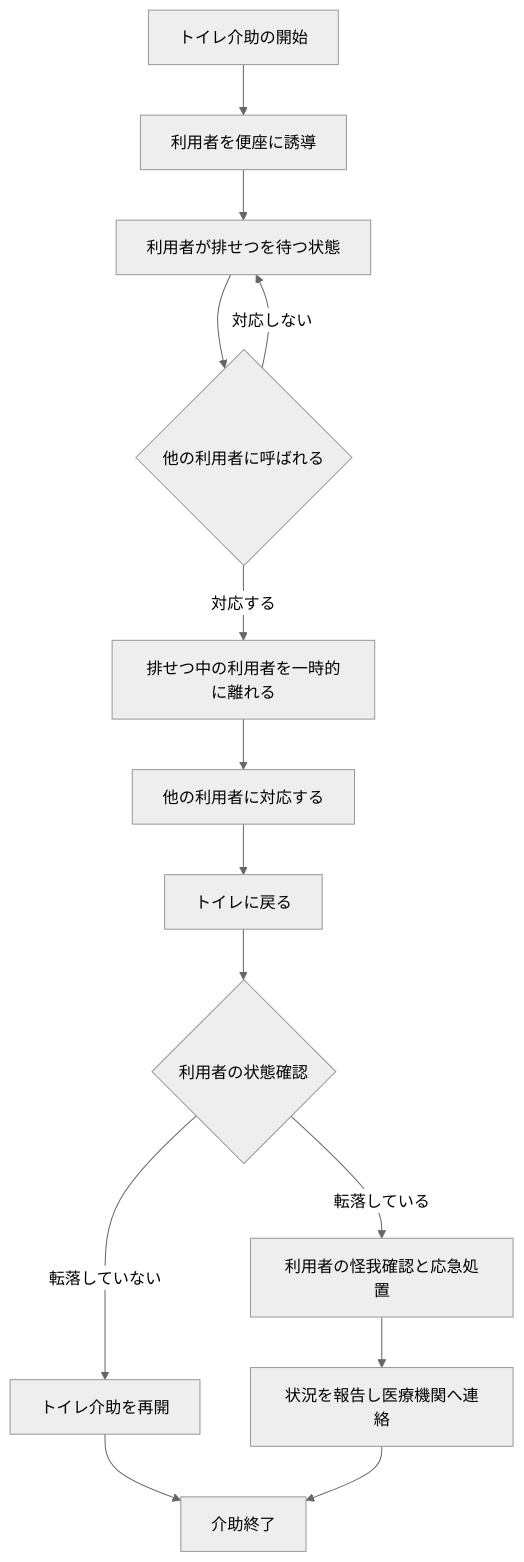
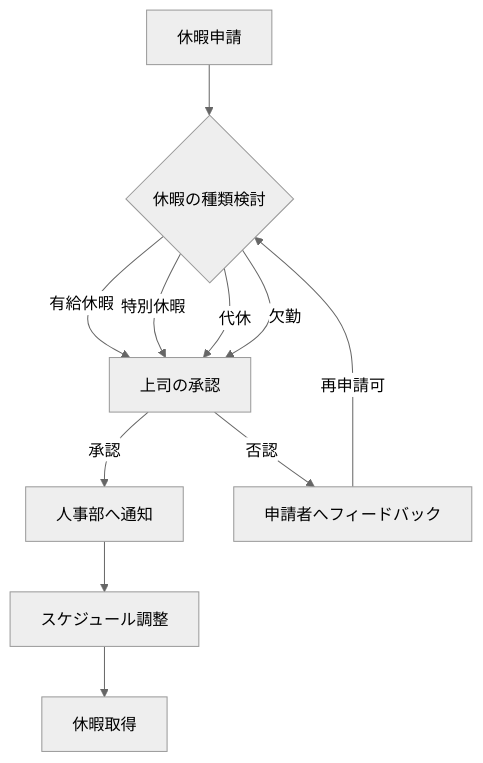
One commit to dsotkazu/mermaid_practice changed the diagram in README.md. Above: the diagram before and after it, drawn with Mermaid (neutral theme).

````diff
--- a/README.md
+++ b/README.md
@@ -3,16 +3,15 @@
 ```mermaid
 graph TD;
-  A[トイレ介助の開始] --> B[利用者を便座に誘導]
-  B --> C[利用者が排せつを待つ状態]
-  C --> D{他の利用者に呼ばれる}
-  D -->|対応する| E[排せつ中の利用者を一時的に離れる]
-  D -->|対応しない| C
-  E --> F[他の利用者に対応する]
-  F --> G[トイレに戻る]
-  G --> H{利用者の状態確認}
-  H -->|転落していない| I[トイレ介助を再開]
-  H -->|転落している| J[利用者の怪我確認と応急処置]
-  J --> K[状況を報告し医療機関へ連絡]
-  I --> L[介助終了]
-  K --> L
+    A[休暇申請] --> B{休暇の種類検討}
+    B -- 有給休暇 --> C[上司の承認]
+    B -- 特別休暇 --> C
+    B -- 代休 --> C
+    B -- 欠勤 --> C
+
+    C -- 承認 --> D[人事部へ通知]
+    D --> E[スケジュール調整]
+    E --> F[休暇取得]
+
+    C -- 否認 --> G[申請者へフィードバック]
+    G -->|再申請可| B
 ```
````
